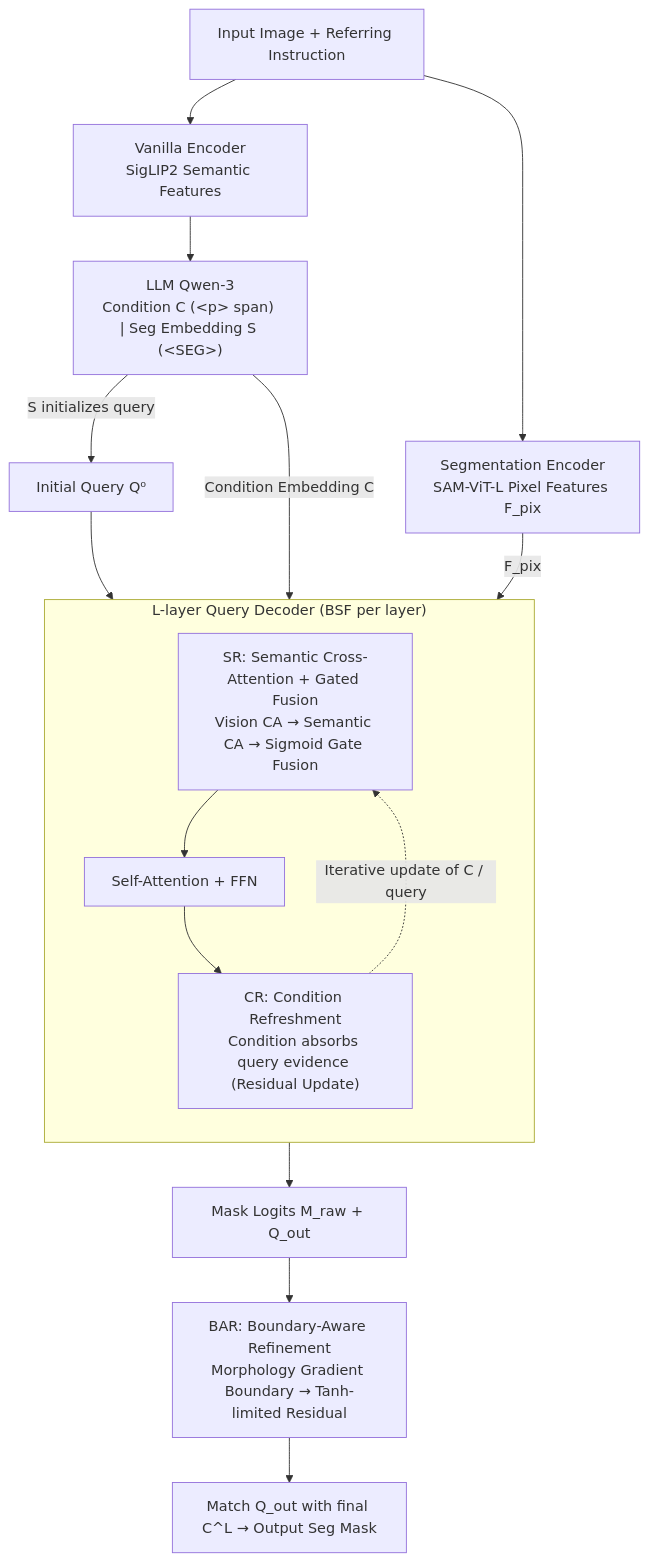
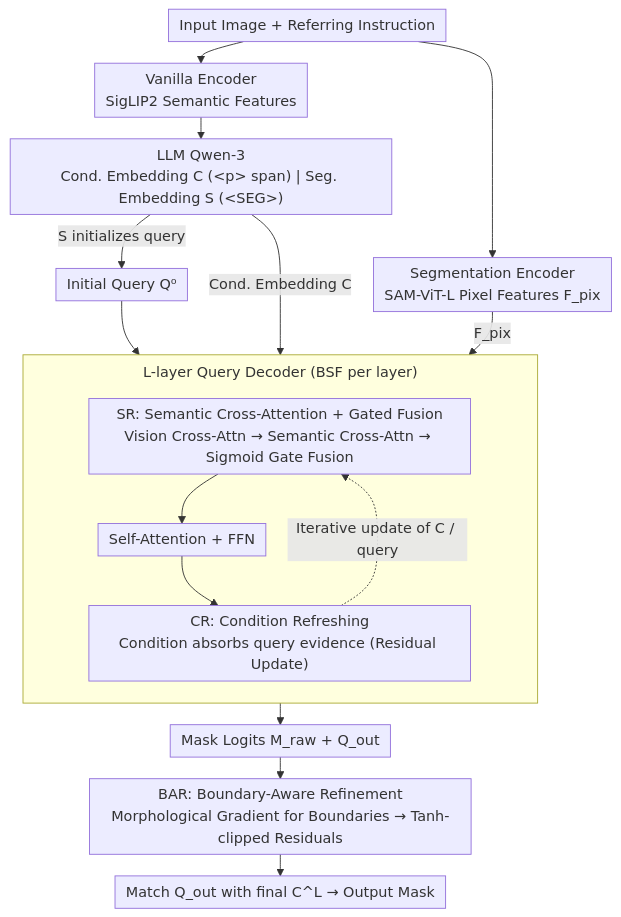
One commit to zhaoyang97/Paper-Notes-en changed the diagram in docs/ICML2026/segmentation/flowseg_dynamic_semantic_guidance_for_llm-conditioned_segmentation.md. Above: the diagram before and after it, drawn with Mermaid. The commit also changed other lines of this file and 5084 other files, not shown here.

````diff
--- a/docs/ICML2026/segmentation/flowseg_dynamic_semantic_guidance_for_llm-conditioned_segmentation.md
+++ b/docs/ICML2026/segmentation/flowseg_dynamic_semantic_guidance_for_llm-conditioned_segmentation.md
@@ -42,20 +42,21 @@
 ```mermaid
-graph TD
+%%{init: {'flowchart': {'rankSpacing': 24, 'nodeSpacing': 28, 'padding': 6, 'wrappingWidth': 400, 'subGraphTitleMargin': {'top': 8, 'bottom': 16}}}}%%
+flowchart TD
     IMG["Input Image + Referring Instruction"] --> VE["Vanilla Encoder<br/>SigLIP2 Semantic Features"]
     IMG --> SE["Segmentation Encoder<br/>SAM-ViT-L Pixel Features F_pix"]
-    VE --> LLM["LLM Qwen-3<br/>Condition C (&lt;p&gt; span) | Seg Embedding S (&lt;SEG&gt;)"]
+    VE --> LLM["LLM Qwen-3<br/>Cond. Embedding C (&lt;p&gt; span) | Seg. Embedding S (&lt;SEG&gt;)"]
     LLM -->|S initializes query| Q0["Initial Query Q⁰"]
     subgraph DEC["L-layer Query Decoder (BSF per layer)"]
         direction TB
-        SR["SR: Semantic Cross-Attention + Gated Fusion<br/>Vision CA → Semantic CA → Sigmoid Gate Fusion"]
+        SR["SR: Semantic Cross-Attention + Gated Fusion<br/>Vision Cross-Attn → Semantic Cross-Attn → Sigmoid Gate Fusion"]
         SR --> SA["Self-Attention + FFN"]
-        SA --> CR["CR: Condition Refreshment<br/>Condition absorbs query evidence (Residual Update)"]
+        SA --> CR["CR: Condition Refreshing<br/>Condition absorbs query evidence (Residual Update)"]
         CR -.->|Iterative update of C / query| SR
     end
     Q0 --> SR
     SE -->|F_pix| SR
-    LLM -->|Condition Embedding C| SR
+    LLM -->|Cond. Embedding C| SR
     CR --> MRAW["Mask Logits M_raw + Q_out"]
-    MRAW --> BAR["BAR: Boundary-Aware Refinement<br/>Morphology Gradient Boundary → Tanh-limited Residual"]
-    BAR --> MATCH["Match Q_out with final C^L → Output Seg Mask"]
+    MRAW --> BAR["BAR: Boundary-Aware Refinement<br/>Morphological Gradient for Boundaries → Tanh-clipped Residuals"]
+    BAR --> MATCH["Match Q_out with final C^L → Output Mask"]
 ```
````
